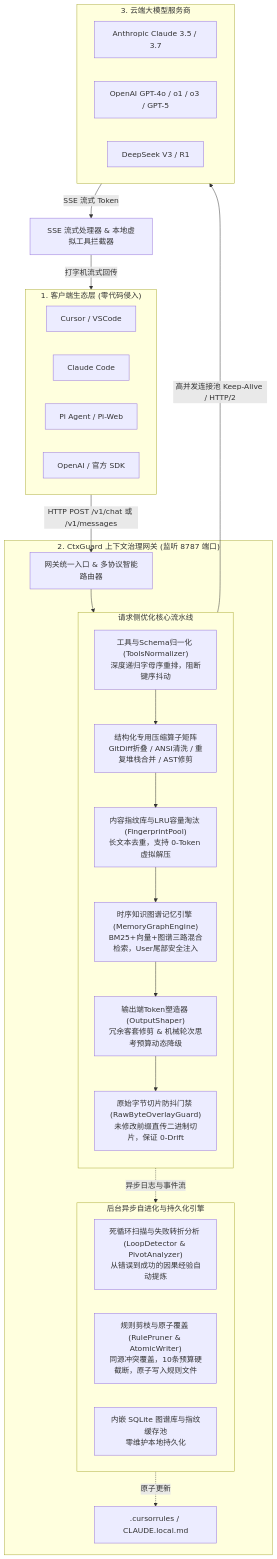
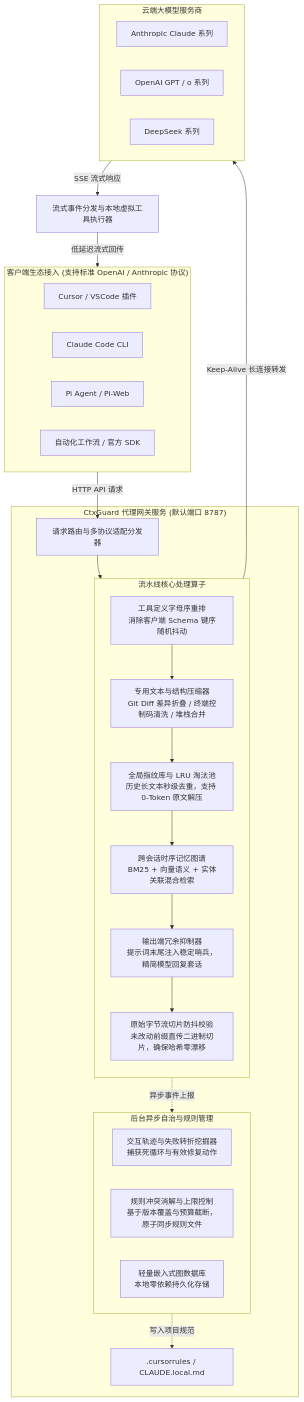
The diagram in README.md (255308153/CtxGuard), drawn with Mermaid before and after one commit. The commit also changed other lines of this file, not shown here.

Commit message:
docs: rewrite README with independent professional architecture narrative

````diff
--- a/README.md
+++ b/README.md
@@ -28,48 +28,48 @@
 ```mermaid
 flowchart TD
-    subgraph ClientLayer["1. 客户端生态层 (零代码侵入)"]
-        A1["Cursor / VSCode"] 
-        A2["Claude Code"] 
+    subgraph ClientLayer["客户端生态接入 (支持标准 OpenAI / Anthropic 协议)"]
+        A1["Cursor / VSCode 插件"] 
+        A2["Claude Code CLI"] 
         A3["Pi Agent / Pi-Web"]
-        A4["OpenAI / 官方 SDK"]
+        A4["自动化工作流 / 官方 SDK"]
     end
 
-    ClientLayer -->|HTTP POST /v1/chat 或 /v1/messages| GatewayIngress
+    ClientLayer -->|HTTP API 请求| GatewayIngress
 
-    subgraph CtxGuardGateway["2. CtxGuard 上下文治理网关 (监听 8787 端口)"]
-        GatewayIngress["网关统一入口 & 多协议智能路由器"]
+    subgraph CtxGuardGateway["CtxGuard 代理网关服务 (默认端口 8787)"]
+        GatewayIngress["请求路由与多协议适配分发器"]
 
-        subgraph IngressPipeline["请求侧优化核心流水线"]
+        subgraph IngressPipeline["流水线核心处理算子"]
             direction TB
-            P1["工具与Schema归一化 (ToolsNormalizer)<br/>深度递归字母序重排，阻断键序抖动"]
-            P2["结构化专用压缩算子矩阵<br/>GitDiff折叠 / ANSI清洗 / 重复堆栈合并 / AST修剪"]
-            P3["内容指纹库与LRU容量淘汰 (FingerprintPool)<br/>长文本去重，支持 0-Token 虚拟解压"]
-            P4["时序知识图谱记忆引擎 (MemoryGraphEngine)<br/>BM25+向量+图谱三路混合检索，User尾部安全注入"]
-            P5["输出端Token塑造器 (OutputShaper)<br/>冗余客套修剪 & 机械轮次思考预算动态降级"]
-            P6["原始字节切片防抖门禁 (RawByteOverlayGuard)<br/>未修改前缀直传二进制切片，保证 0-Drift"]
+            P1["工具定义字母序重排<br/>消除客户端 Schema 键序随机抖动"]
+            P2["专用文本与结构压缩器<br/>Git Diff 差异折叠 / 终端控制码清洗 / 堆栈合并"]
+            P3["全局指纹库与 LRU 淘汰池<br/>历史长文本秒级去重，支持 0-Token 原文解压"]
+            P4["跨会话时序记忆图谱<br/>BM25 + 向量语义 + 实体关联混合检索"]
+            P5["输出端冗余抑制器<br/>提示词末尾注入稳定哨兵，精简模型回复套话"]
+            P6["原始字节流切片防抖校验<br/>未改动前缀直传二进制切片，确保哈希零漂移"]
             
             P1 --> P2 --> P3 --> P4 --> P5 --> P6
         end
 
         GatewayIngress --> IngressPipeline
 
-        subgraph BackgroundEngines["后台异步自进化与持久化引擎"]
-            B1["死循环扫描与失败转折分析 (LoopDetector & PivotAnalyzer)<br/>从错误到成功的因果经验自动提炼"]
-            B2["规则剪枝与原子覆盖 (RulePruner & AtomicWriter)<br/>同源冲突覆盖，10条预算硬截断，原子写入规则文件"]
-            B3["内嵌 SQLite 图谱库与指纹缓存池<br/>零维护本地持久化"]
+        subgraph BackgroundEngines["后台异步自治与规则管理"]
+            B1["交互轨迹与失败转折挖掘器<br/>捕获死循环与有效修复动作"]
+            B2["规则冲突消解与上限控制<br/>基于版本覆盖与预算截断，原子同步规则文件"]
+            B3["轻量嵌入式图数据库<br/>本地零依赖持久化存储"]
         end
 
-        IngressPipeline -.->|异步日志与事件流| BackgroundEngines
-        BackgroundEngines -.->|原子更新| C1[".cursorrules / CLAUDE.local.md"]
+        IngressPipeline -.->|异步事件上报| BackgroundEngines
+        BackgroundEngines -.->|写入项目规范| C1[".cursorrules / CLAUDE.local.md"]
     end
 
-    subgraph CloudProviders["3. 云端大模型服务商"]
-        L1["Anthropic Claude 3.5 / 3.7"]
-        L2["OpenAI GPT-4o / o1 / o3 / GPT-5"]
-        L3["DeepSeek V3 / R1"]
+    subgraph CloudProviders["云端大模型服务商"]
+        L1["Anthropic Claude 系列"]
+        L2["OpenAI GPT / o 系列"]
+        L3["DeepSeek 系列"]
     end
 
-    IngressPipeline -->|高并发连接池 Keep-Alive / HTTP/2| CloudProviders
-    CloudProviders -->|SSE 流式 Token| GatewayEgress["SSE 流式处理器 & 本地虚拟工具拦截器"]
-    GatewayEgress -->|打字机流式回传| ClientLayer
+    IngressPipeline -->|Keep-Alive 长连接转发| CloudProviders
+    CloudProviders -->|SSE 流式响应| GatewayEgress["流式事件分发与本地虚拟工具执行器"]
+    GatewayEgress -->|低延迟流式回传| ClientLayer
 ```
````
